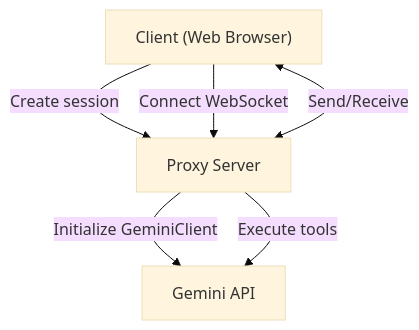
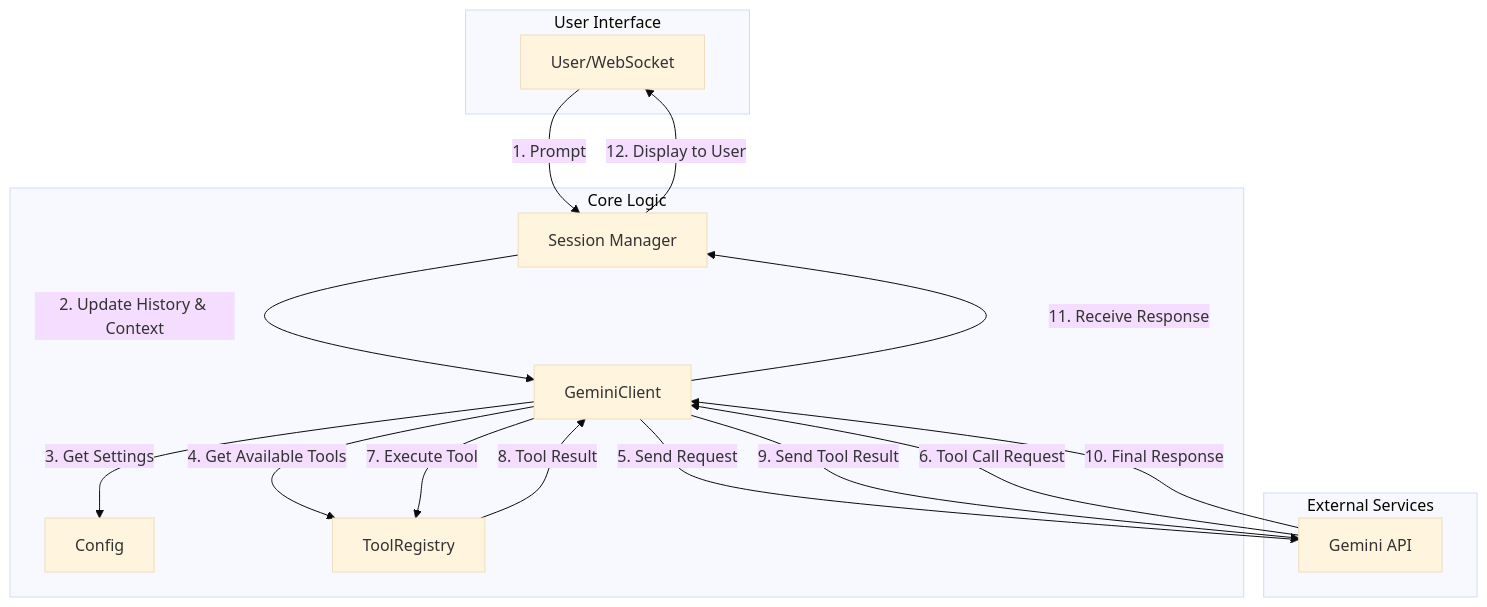
One commit to koduki/gemini-cli-proxy changed the diagram in README.md. Above: the diagram before and after it, drawn with Mermaid (base theme).

````diff
--- a/README.md
+++ b/README.md
@@ -27,8 +27,30 @@
 ```mermaid
-graph TB
-    A["Client (Web Browser)"] -- "Create session" --> B["Proxy Server"]
-    B -- "Initialize GeminiClient" --> C["Gemini API"]
-    A -- "Connect WebSocket" --> B
-    A <--> |"Send/Receive"| B
-    B -- "Execute tools" --> C
+graph TD
+    subgraph User Interface
+        A[User/WebSocket]
+    end
+
+    subgraph Core Logic
+        B[Session Manager]
+        C[Config]
+        D[GeminiClient]
+        E[ToolRegistry]
+    end
+
+    subgraph External Services
+        F[Gemini API]
+    end
+
+    A -- "1. Prompt" --> B
+    B -- "2. Update History & Context" --> D
+    D -- "3. Get Settings" --> C
+    D -- "4. Get Available Tools" --> E
+    D -- "5. Send Request" --> F
+    F -- "6. Tool Call Request" --> D
+    D -- "7. Execute Tool" --> E
+    E -- "8. Tool Result" --> D
+    D -- "9. Send Tool Result" --> F
+    F -- "10. Final Response" --> D
+    D -- "11. Receive Response" --> B
+    B -- "12. Display to User" --> A
 ```
````
